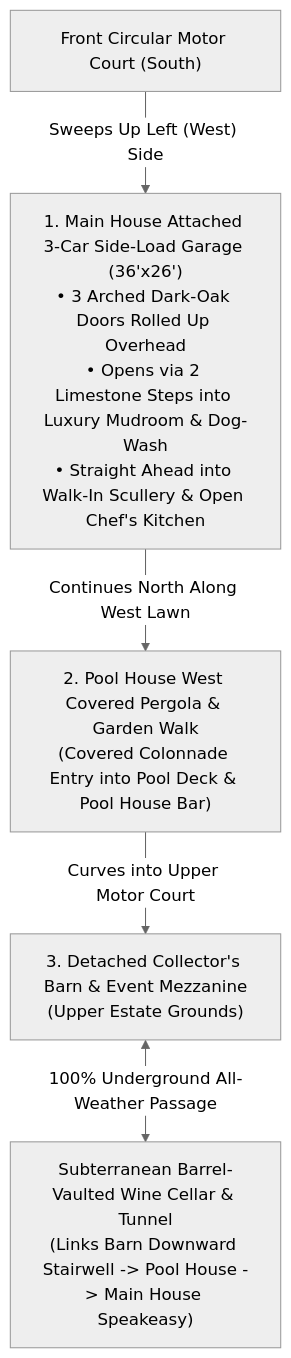
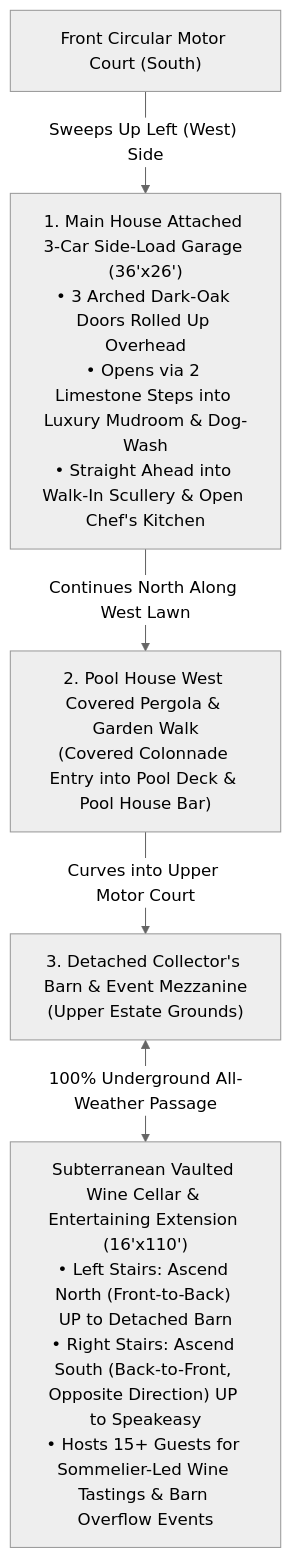
Before and after one commit to bmvinson/vinson-estates: the fourth of 4 diagrams in docs/estate_specifications_and_outbuildings.md, drawn with Mermaid (neutral theme). The commit also changed other lines of this file and 7 other files, not shown here.

Commit message:
Fix Barn v8 floating stairs visibility to bottom step & add detailed Subterranean Wine Cellar v4 with opposite-direction stairs and 15-guest wine tasting

````diff
--- a/docs/estate_specifications_and_outbuildings.md
+++ b/docs/estate_specifications_and_outbuildings.md
@@ -233,7 +233,7 @@
 ```mermaid
 flowchart TB
     FrontDrive["Front Circular Motor Court (South)"] -->|"Sweeps Up Left (West) Side"| AttachedGarage["1. Main House Attached 3-Car Side-Load Garage (36'x26')\n• 3 Arched Dark-Oak Doors Rolled Up Overhead\n• Opens via 2 Limestone Steps into Luxury Mudroom & Dog-Wash\n• Straight Ahead into Walk-In Scullery & Open Chef's Kitchen"]
     AttachedGarage -->|"Continues North Along West Lawn"| PoolPergola["2. Pool House West Covered Pergola & Garden Walk\n(Covered Colonnade Entry into Pool Deck & Pool House Bar)"]
     PoolPergola -->|"Curves into Upper Motor Court"| BarnCourt["3. Detached Collector's Barn & Event Mezzanine\n(Upper Estate Grounds)"]
-    BarnCourt <-->|"100% Underground All-Weather Passage"| WineTunnel["Subterranean Barrel-Vaulted Wine Cellar & Tunnel\n(Links Barn Downward Stairwell -> Pool House -> Main House Speakeasy)"]
+    BarnCourt <-->|"100% Underground All-Weather Passage"| WineTunnel["Subterranean Vaulted Wine Cellar & Entertaining Extension (16'x110')\n• Left Stairs: Ascend North (Front-to-Back) UP to Detached Barn\n• Right Stairs: Ascend South (Back-to-Front, Opposite Direction) UP to Speakeasy\n• Hosts 15+ Guests for Sommelier-Led Wine Tastings & Barn Overflow Events"]
 ```
````
